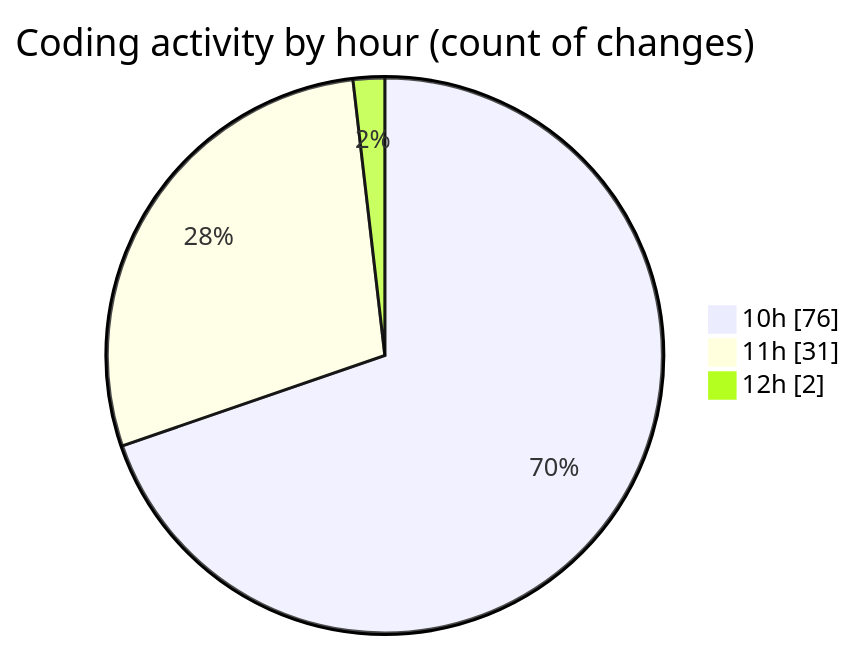
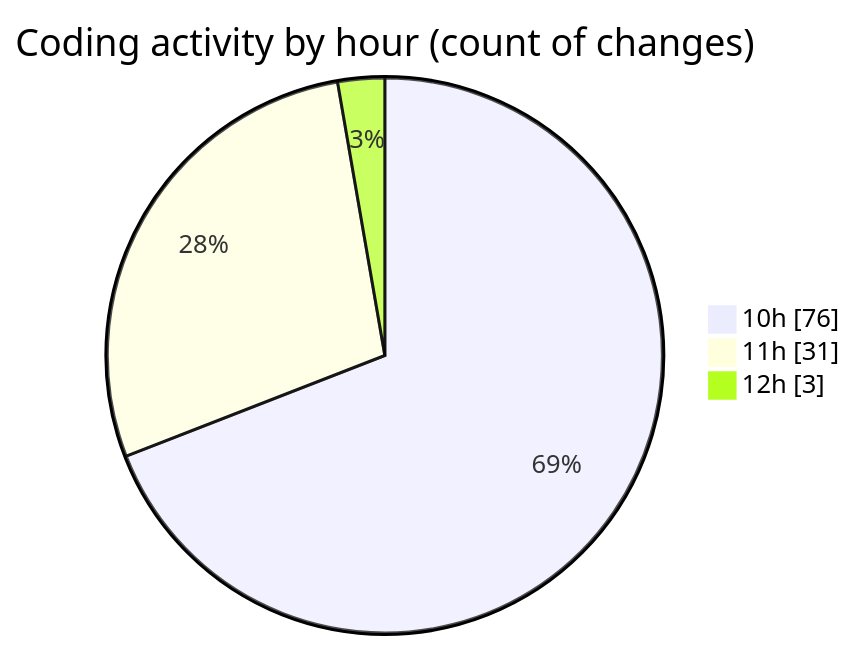
One commit to lephambinh05/code-tracking changed the second of 2 diagrams in 2025-08-18/vps-v1/README.md. Above: the diagram before and after it, drawn with Mermaid. The commit also changed other lines of this file and 1 other file, not shown here.

````diff
--- a/2025-08-18/vps-v1/README.md
+++ b/2025-08-18/vps-v1/README.md
@@ -91,7 +92,7 @@
 ```mermaid
 pie showData
 title Coding activity by hour (count of changes)
 "10h" : 76
 "11h" : 31
-"12h" : 2
+"12h" : 3
 ```
````
